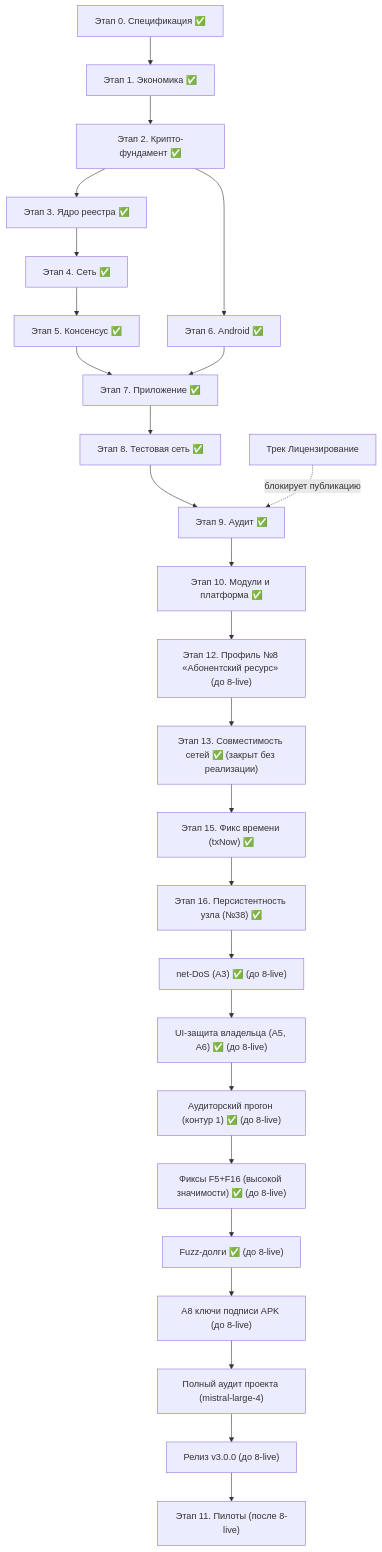
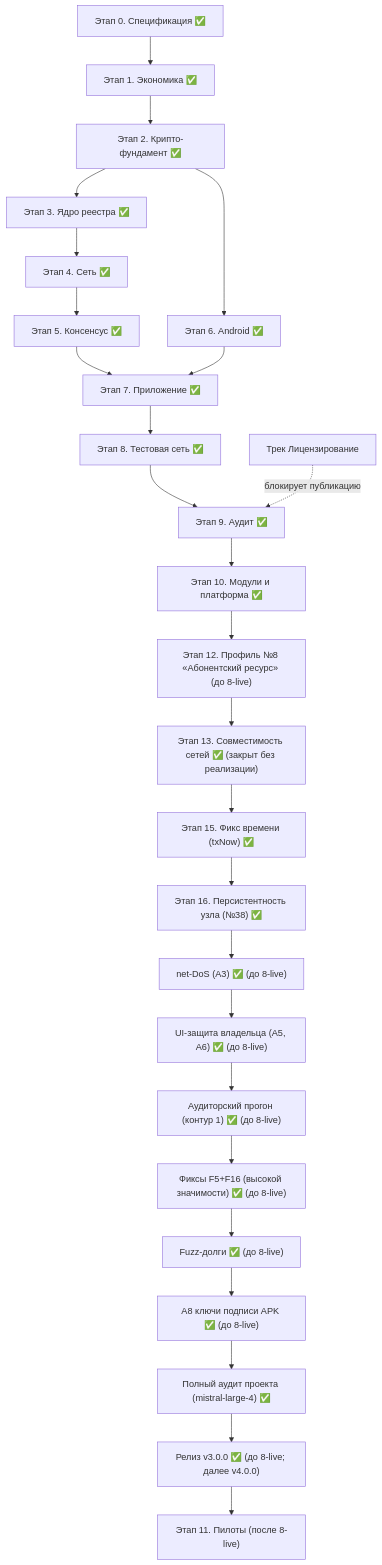
The diagram in docs/development-plan.md (rumatakira74/equality-trust-networks), drawn with Mermaid before and after one commit. The commit also changed other lines of this file, not shown here.

First line of the commit message:
docs: development-plan — синхронизация с фактическим состоянием репозиториев (этап 1.1 закрыт расширением 1.2; темы A8, полный аудит, релиз v3.0.0 выполнены; тема ENG-репозиториев отменена решением владельца 11.11.2026)

````diff
--- a/docs/development-plan.md
+++ b/docs/development-plan.md
@@ -457,28 +459,28 @@
 ```mermaid
 flowchart TD
     S0["Этап 0. Спецификация ✅"] --> S1["Этап 1. Экономика ✅"]
     S1 --> S2["Этап 2. Крипто-фундамент ✅"]
     S2 --> S3["Этап 3. Ядро реестра ✅"]
     S3 --> S4["Этап 4. Сеть ✅"]
     S4 --> S5["Этап 5. Консенсус ✅"]
     S2 --> S6["Этап 6. Android ✅"]
     S5 --> S7["Этап 7. Приложение ✅"]
     S6 --> S7
     S7 --> S8["Этап 8. Тестовая сеть ✅"]
     S8 --> S9["Этап 9. Аудит ✅"]
     S9 --> S10["Этап 10. Модули и платформа ✅"]
     S10 --> S12["Этап 12. Профиль №8 «Абонентский ресурс» (до 8-live)"]
     S12 --> S13["Этап 13. Совместимость сетей ✅ (закрыт без реализации)"]
     S13 --> S15["Этап 15. Фикс времени (txNow) ✅"]
     S15 --> S16["Этап 16. Персистентность узла (№38) ✅"]
     S16 --> SND["net-DoS (A3) ✅ (до 8-live)"]
     SND --> SUI["UI-защита владельца (A5, A6) ✅ (до 8-live)"]
     SUI --> AUD["Аудиторский прогон (контур 1) ✅ (до 8-live)"]
     AUD --> FIX["Фиксы F5+F16 (высокой значимости) ✅ (до 8-live)"]
     FIX --> FUZZ["Fuzz-долги ✅ (до 8-live)"]
-    FUZZ --> A8K["A8 ключи подписи APK (до 8-live)"]
-    A8K --> PPA["Полный аудит проекта (mistral-large-4)"]
-    PPA --> S17["Релиз v3.0.0 (до 8-live)"]
+    FUZZ --> A8K["A8 ключи подписи APK ✅ (до 8-live)"]
+    A8K --> PPA["Полный аудит проекта (mistral-large-4) ✅"]
+    PPA --> S17["Релиз v3.0.0 ✅ (до 8-live; далее v4.0.0)"]
     S17 --> S11["Этап 11. Пилоты (после 8-live)"]
     L["Трек Лицензирование"] -. "блокирует публикацию" .-> S9
 ```
````
